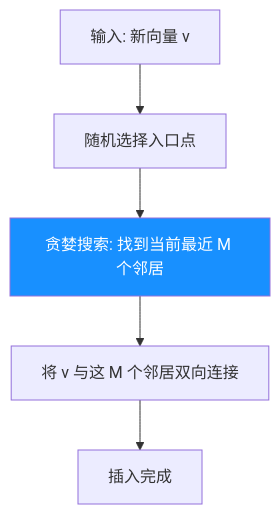
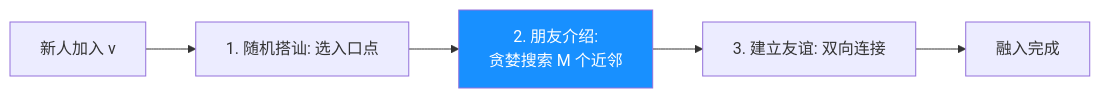
The seventh of 38 diagrams in docs/research/003-vector-search-algorithm.md (ThreeFish-AI/agentic-ai-cognizes), drawn with Mermaid before and after one commit. The commit also changed other lines of this file, not shown here.

````diff
--- a/docs/research/003-vector-search-algorithm.md
+++ b/docs/research/003-vector-search-algorithm.md
@@ -567,9 +563,9 @@
 ```mermaid
-flowchart TD
-    A[输入: 新向量 v] --> B[随机选择入口点]
-    B --> C[贪婪搜索: 找到当前最近 M 个邻居]
-    C --> D[将 v 与这 M 个邻居双向连接]
-    D --> E[插入完成]
+flowchart LR
+    A[新人加入 v] --> B[1. 随机搭讪: 选入口点]
+    B --> C[2. 朋友介绍: <br/>贪婪搜索 M 个近邻]
+    C --> D[3. 建立友谊: 双向连接]
+    D --> E[融入完成]
 
     style C fill:#1890ff,color:#fff
 ```
````
